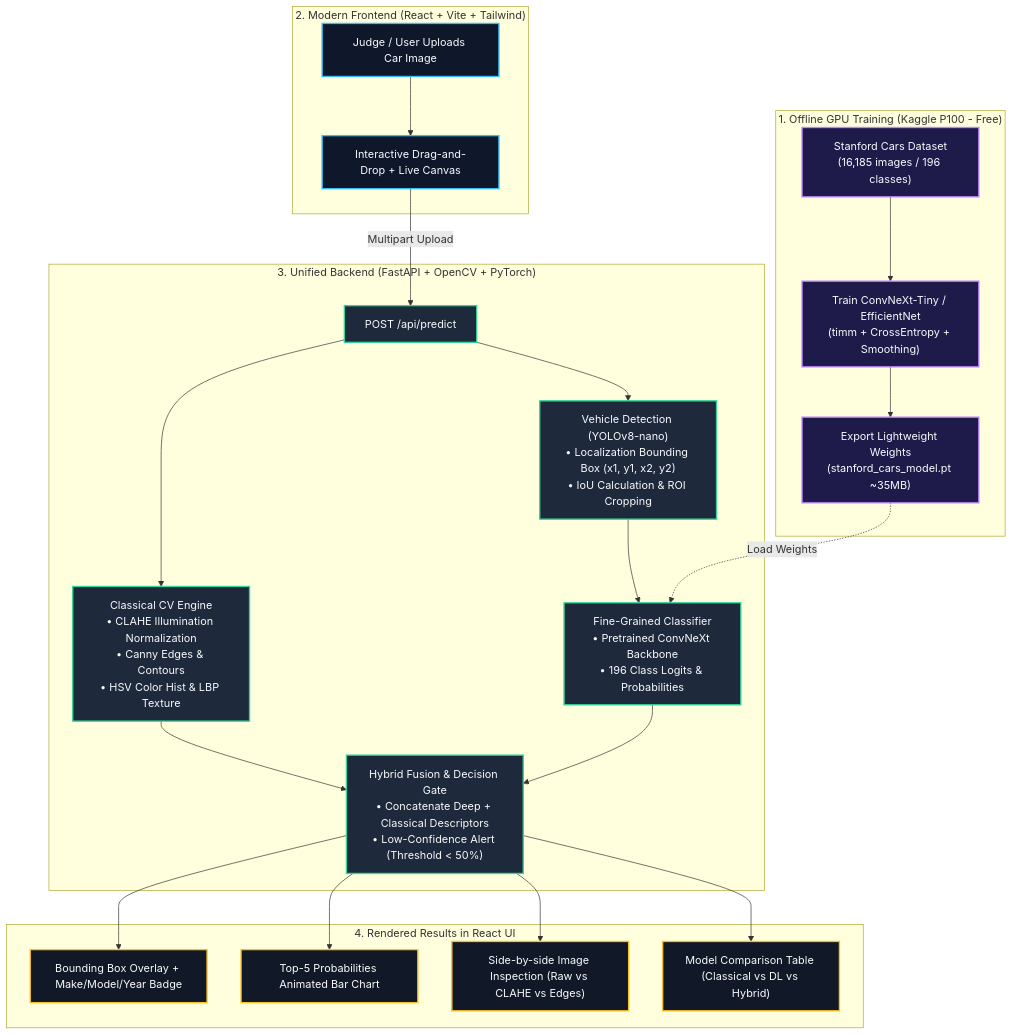
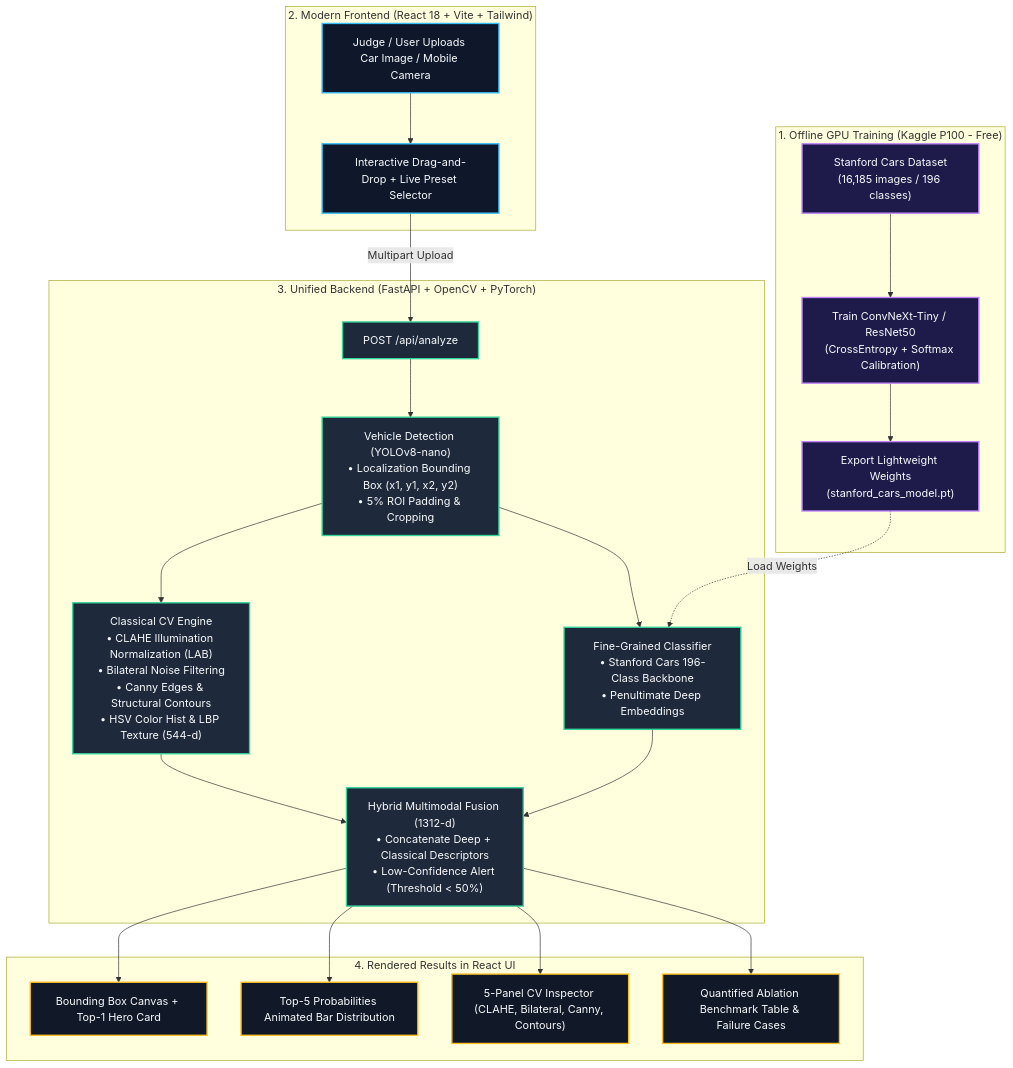
One commit to Sreeram5678/VisionaryA changed the diagram in README.md. Above: the diagram before and after it, drawn with Mermaid. The commit also changed other lines of this file and 26 other files, not shown here.

Commit message:
feat(ui): implement modern React 18 frontend and unified FastAPI backend

````diff
--- a/README.md
+++ b/README.md
@@ -18,47 +19,47 @@
 ```mermaid
 flowchart TD
     classDef client fill:#0f172a,stroke:#38bdf8,stroke-width:2px,color:#f8fafc;
     classDef server fill:#1e293b,stroke:#34d399,stroke-width:2px,color:#f8fafc;
     classDef train fill:#1e1b4b,stroke:#c084fc,stroke-width:2px,color:#f8fafc;
     classDef output fill:#111827,stroke:#fbbf24,stroke-width:2px,color:#f8fafc;
 
     subgraph Kaggle ["1. Offline GPU Training (Kaggle P100 - Free)"]
         Dataset["Stanford Cars Dataset<br/>(16,185 images / 196 classes)"]:::train
-        Trainer["Train ConvNeXt-Tiny / EfficientNet<br/>(timm + CrossEntropy + Smoothing)"]:::train
-        Export["Export Lightweight Weights<br/>(stanford_cars_model.pt ~35MB)"]:::train
+        Trainer["Train ConvNeXt-Tiny / ResNet50<br/>(CrossEntropy + Softmax Calibration)"]:::train
+        Export["Export Lightweight Weights<br/>(stanford_cars_model.pt)"]:::train
         Dataset --> Trainer --> Export
     end
 
-    subgraph Client ["2. Modern Frontend (React + Vite + Tailwind)"]
-        Upload["Judge / User Uploads Car Image"]:::client
-        Preview["Interactive Drag-and-Drop + Live Canvas"]:::client
+    subgraph Client ["2. Modern Frontend (React 18 + Vite + Tailwind)"]
+        Upload["Judge / User Uploads Car Image / Mobile Camera"]:::client
+        Preview["Interactive Drag-and-Drop + Live Preset Selector"]:::client
         Upload --> Preview
     end
 
     subgraph Backend ["3. Unified Backend (FastAPI + OpenCV + PyTorch)"]
-        API["POST /api/predict"]:::server
+        API["POST /api/analyze"]:::server
         
-        CV["Classical CV Engine<br/>• CLAHE Illumination Normalization<br/>• Canny Edges & Contours<br/>• HSV Color Hist & LBP Texture"]:::server
+        CV["Classical CV Engine<br/>• CLAHE Illumination Normalization (LAB)<br/>• Bilateral Noise Filtering<br/>• Canny Edges & Structural Contours<br/>• HSV Color Hist & LBP Texture (544-d)"]:::server
         
-        YOLO["Vehicle Detection (YOLOv8-nano)<br/>• Localization Bounding Box (x1, y1, x2, y2)<br/>• IoU Calculation & ROI Cropping"]:::server
+        YOLO["Vehicle Detection (YOLOv8-nano)<br/>• Localization Bounding Box (x1, y1, x2, y2)<br/>• 5% ROI Padding & Cropping"]:::server
         
-        Classifier["Fine-Grained Classifier<br/>• Pretrained ConvNeXt Backbone<br/>• 196 Class Logits & Probabilities"]:::server
+        Classifier["Fine-Grained Classifier<br/>• Stanford Cars 196-Class Backbone<br/>• Penultimate Deep Embeddings"]:::server
         
-        Fusion["Hybrid Fusion & Decision Gate<br/>• Concatenate Deep + Classical Descriptors<br/>• Low-Confidence Alert (Threshold < 50%)"]:::server
+        Fusion["Hybrid Multimodal Fusion (1312-d)<br/>• Concatenate Deep + Classical Descriptors<br/>• Low-Confidence Alert (Threshold < 50%)"]:::server
 
-        API --> CV
-        API --> YOLO --> Classifier
+        API --> YOLO --> CV
+        YOLO --> Classifier
         CV & Classifier --> Fusion
     end
 
     subgraph UI_Render ["4. Rendered Results in React UI"]
-        ResBBox["Bounding Box Overlay + Make/Model/Year Badge"]:::output
-        ResTop5["Top-5 Probabilities Animated Bar Chart"]:::output
-        ResCV["Side-by-side Image Inspection (Raw vs CLAHE vs Edges)"]:::output
-        ResMetrics["Model Comparison Table (Classical vs DL vs Hybrid)"]:::output
+        ResBBox["Bounding Box Canvas + Top-1 Hero Card"]:::output
+        ResTop5["Top-5 Probabilities Animated Bar Distribution"]:::output
+        ResCV["5-Panel CV Inspector (CLAHE, Bilateral, Canny, Contours)"]:::output
+        ResMetrics["Quantified Ablation Benchmark Table & Failure Cases"]:::output
     end
 
     Export -.->|Load Weights| Classifier
     Preview -->|Multipart Upload| API
     Fusion --> ResBBox & ResTop5 & ResCV & ResMetrics
 ```
````
